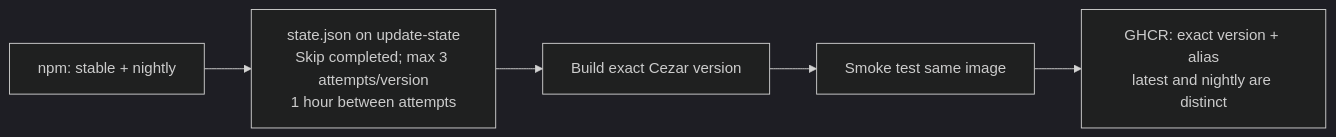
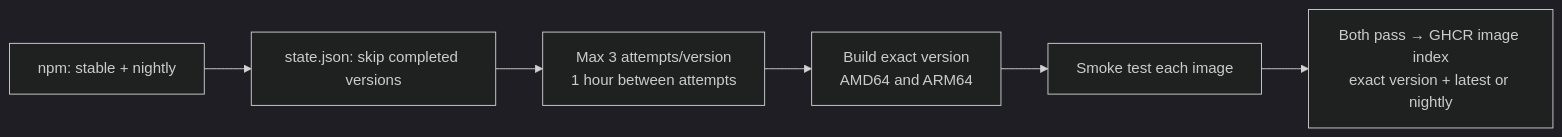
One commit to h3x89/cezar-docker changed the first of 2 diagrams in README.md. Above: the diagram before and after it, drawn with Mermaid (dark theme). The commit also changed other lines of this file and 8 other files, not shown here.

Commit message:
feat: publish AMD64 and ARM64 images with one release workflow (#2)

````diff
--- a/README.md
+++ b/README.md
@@ -113,7 +127,8 @@
 ```mermaid
 flowchart LR
-    NPM["npm: stable + nightly"] --> STATE["state.json on update-state<br/>Skip completed; max 3 attempts/version<br/>1 hour between attempts"]
-    STATE --> BUILD[Build exact Cezar version]
-    BUILD --> SMOKE[Smoke test same image]
-    SMOKE --> GHCR["GHCR: exact version + alias<br/>latest and nightly are distinct"]
+    NPM["npm: stable + nightly"] --> STATE["state.json: skip completed versions"]
+    STATE --> TRY["Max 3 attempts/version<br/>1 hour between attempts"]
+    TRY --> BUILD["Build exact version<br/>AMD64 and ARM64"]
+    BUILD --> SMOKE["Smoke test each image"]
+    SMOKE --> GHCR["Both pass → GHCR image index<br/>exact version + latest or nightly"]
 ```
````
